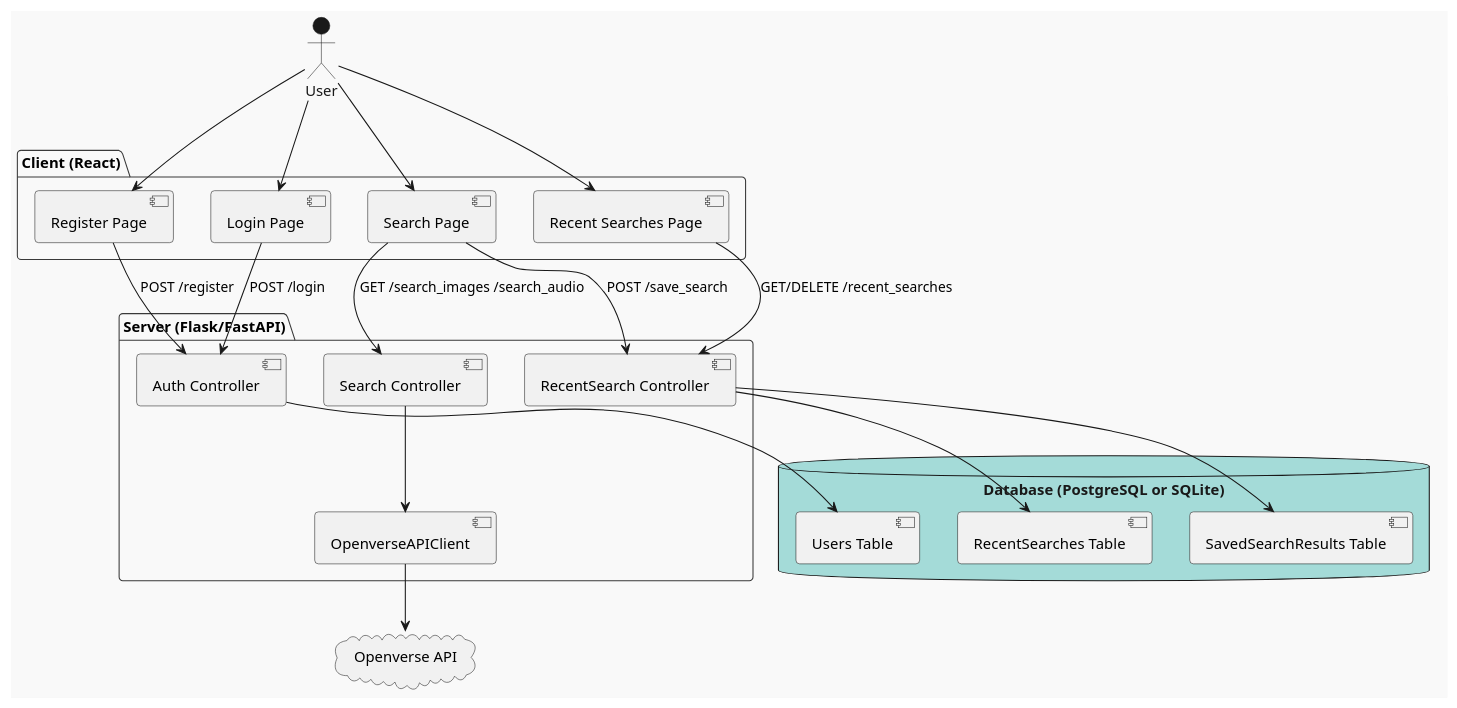
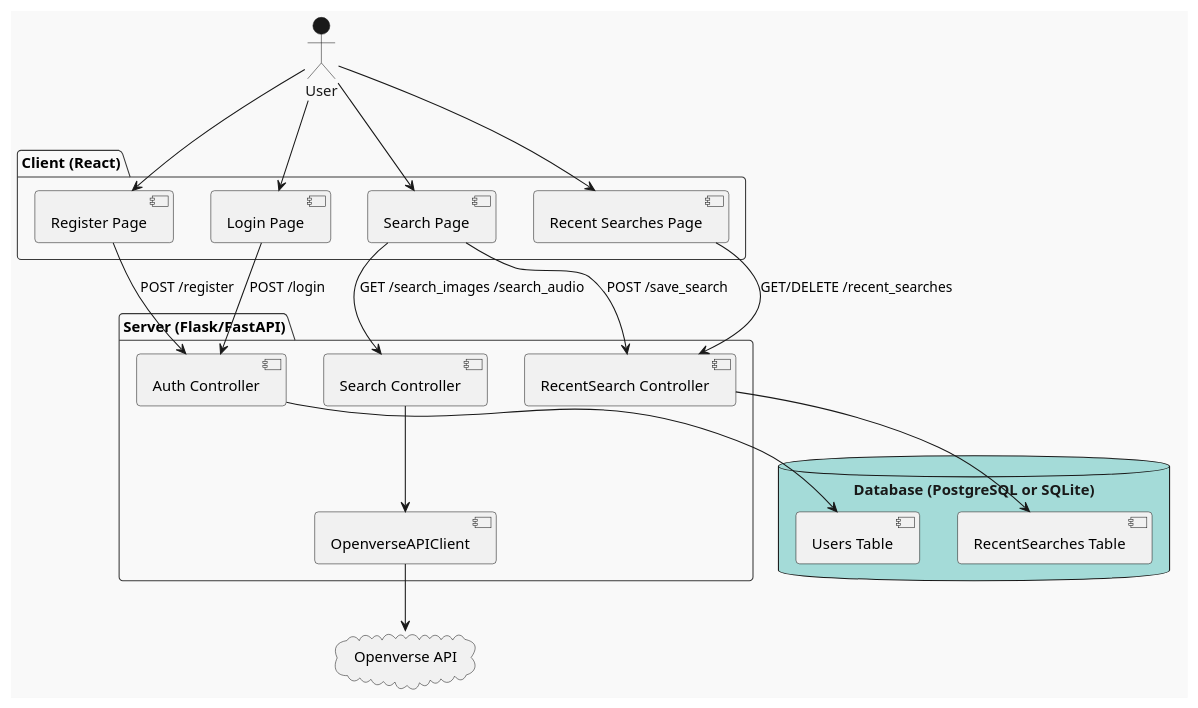
Before and after one commit to lyndsie1102/SEapp: the diagram in docs/UML/system.puml, drawn with PlantUML. The commit also changed 9 other files, not shown here.

Commit message:
Add save search APIs, remove redundant APIs and modify diagram docs

```diff
--- a/docs/UML/system.puml
+++ b/docs/UML/system.puml
@@ -1,43 +1,41 @@
 @startuml
 !theme mars
 actor User
 
 package "Client (React)" {
   [Login Page]
   [Register Page]
   [Search Page]
   [Recent Searches Page]
 }
 
 package "Server (Flask/FastAPI)" {
   [Auth Controller]
   [Search Controller]
   [RecentSearch Controller]
   [OpenverseAPIClient]
 }
 
 database "Database (PostgreSQL or SQLite)" {
   [Users Table]
   [RecentSearches Table]
-  [SavedSearchResults Table]
 }
 
 cloud "Openverse API" as Openverse
 
 User --> [Login Page]
 User --> [Register Page]
 User --> [Search Page]
 User --> [Recent Searches Page]
 
 [Login Page] --> [Auth Controller] : POST /login
 [Register Page] --> [Auth Controller] : POST /register
 [Search Page] --> [Search Controller] : GET /search_images /search_audio
 [Search Controller] --> [OpenverseAPIClient]
 [OpenverseAPIClient] --> Openverse
 [Search Page] --> [RecentSearch Controller] : POST /save_search
 [Recent Searches Page] --> [RecentSearch Controller] : GET/DELETE /recent_searches
 
 [Auth Controller] --> [Users Table]
 [RecentSearch Controller] --> [RecentSearches Table]
-[RecentSearch Controller] --> [SavedSearchResults Table]
 @enduml
```
